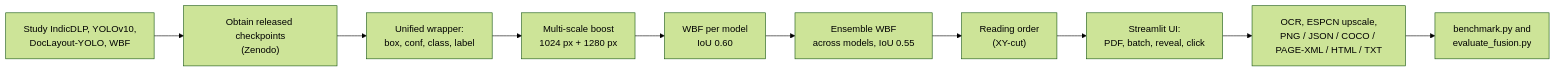
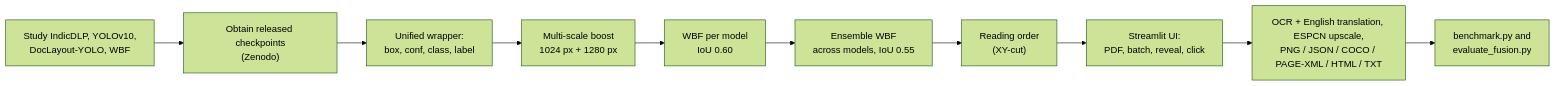
The second of 3 diagrams in README.md (RajdipDhar2007/IndicDLP-Live-Layout-Studio), drawn with Mermaid (forest theme) before and after one commit. The commit also changed other lines of this file, not shown here.

Commit message:
README: describe the English translation, its exports, benchmark tables and limits

````diff
--- a/README.md
+++ b/README.md
@@ -148,12 +149,12 @@
 ```mermaid
 flowchart LR
     A["Study IndicDLP, YOLOv10,<br/>DocLayout-YOLO, WBF"] --> B["Obtain released checkpoints<br/>(Zenodo)"]
     B --> C["Unified wrapper:<br/>box, conf, class, label"]
     C --> D["Multi-scale boost<br/>1024 px + 1280 px"]
     D --> E["WBF per model<br/>IoU 0.60"]
     E --> F["Ensemble WBF<br/>across models, IoU 0.55"]
     F --> G["Reading order<br/>(XY-cut)"]
     G --> H["Streamlit UI:<br/>PDF, batch, reveal, click"]
-    H --> I["OCR, ESPCN upscale,<br/>PNG / JSON / COCO / PAGE-XML / HTML / TXT"]
+    H --> I["OCR + English translation, ESPCN upscale,<br/>PNG / JSON / COCO / PAGE-XML / HTML / TXT"]
     I --> J["benchmark.py and<br/>evaluate_fusion.py"]
 ```
````
